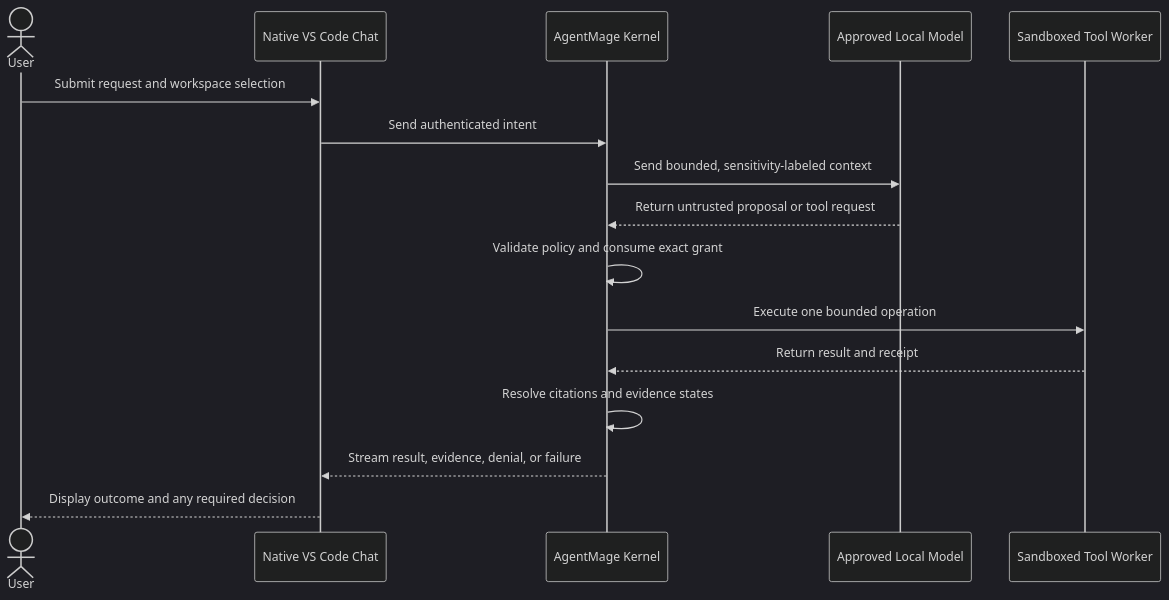
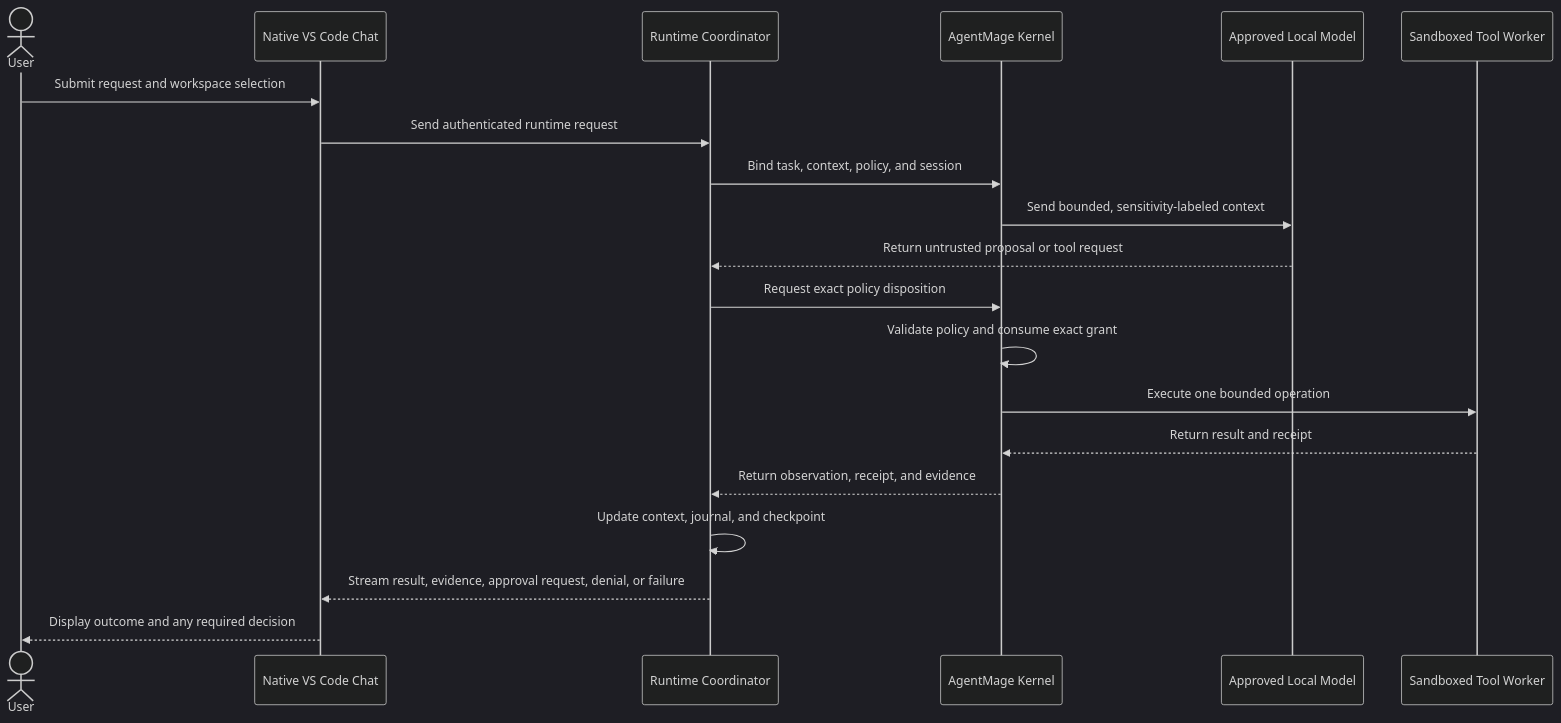
One commit to AaronNHorvitz/AgentMage changed the second of 6 diagrams in PRD.md. Above: the diagram before and after it, drawn with Mermaid (dark theme). The commit also changed other lines of this file and 13 other files, not shown here.

Commit message:
docs(planning): integrate reusable coding harness roadmap

````diff
--- a/PRD.md
+++ b/PRD.md
@@ -225,19 +240,23 @@
 ```mermaid
 sequenceDiagram
     actor User
     participant Chat as Native VS Code Chat
+    participant Runtime as Runtime Coordinator
     participant Kernel as AgentMage Kernel
     participant Model as Approved Local Model
     participant Tool as Sandboxed Tool Worker
 
     User->>Chat: Submit request and workspace selection
-    Chat->>Kernel: Send authenticated intent
+    Chat->>Runtime: Send authenticated runtime request
+    Runtime->>Kernel: Bind task, context, policy, and session
     Kernel->>Model: Send bounded, sensitivity-labeled context
-    Model-->>Kernel: Return untrusted proposal or tool request
+    Model-->>Runtime: Return untrusted proposal or tool request
+    Runtime->>Kernel: Request exact policy disposition
     Kernel->>Kernel: Validate policy and consume exact grant
     Kernel->>Tool: Execute one bounded operation
     Tool-->>Kernel: Return result and receipt
-    Kernel->>Kernel: Resolve citations and evidence states
-    Kernel-->>Chat: Stream result, evidence, denial, or failure
+    Kernel-->>Runtime: Return observation, receipt, and evidence
+    Runtime->>Runtime: Update context, journal, and checkpoint
+    Runtime-->>Chat: Stream result, evidence, approval request, denial, or failure
     Chat-->>User: Display outcome and any required decision
 ```
````
